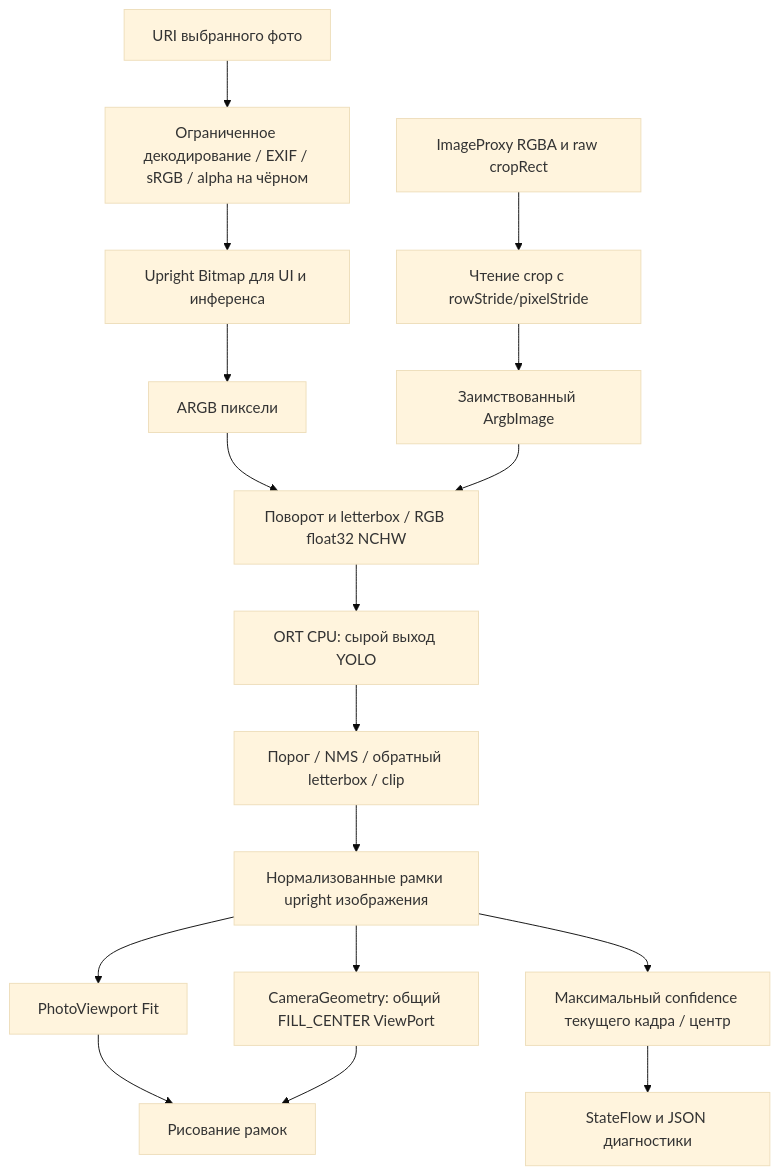
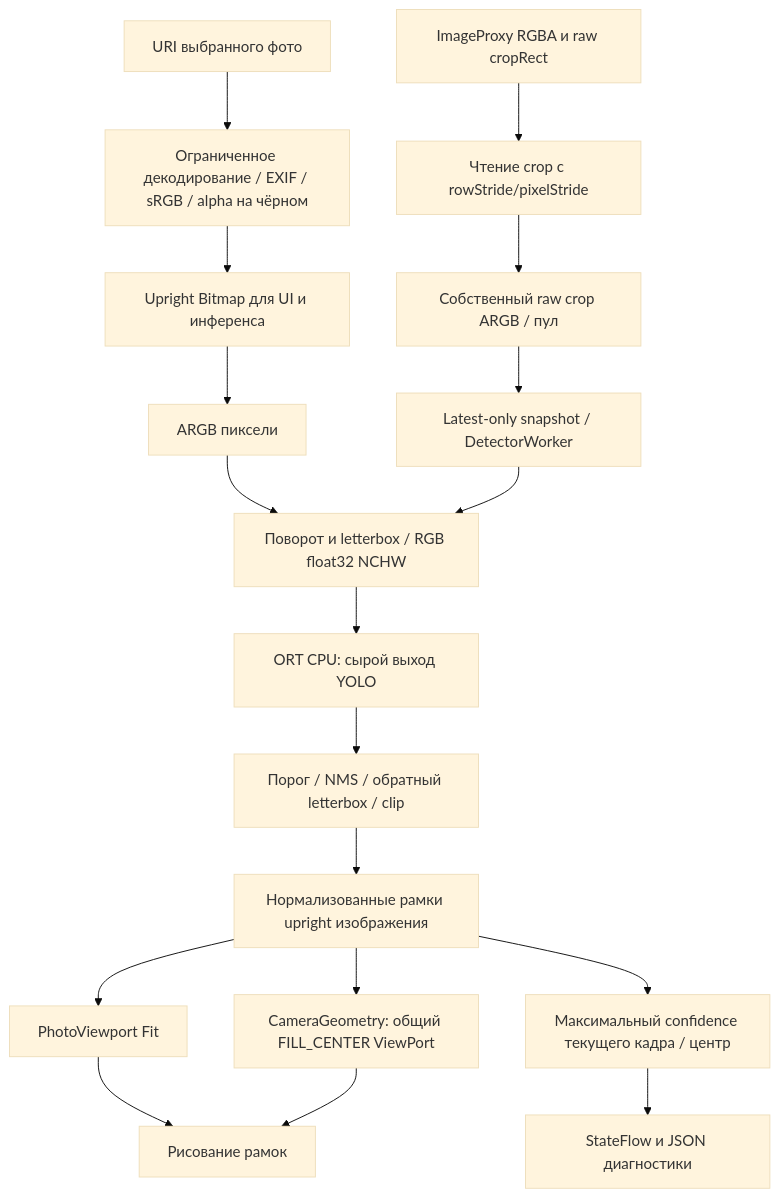
One commit to Kr1st10/drone-cv-android-prototype changed the diagram in docs/architecture/data-flow.md. Above: the diagram before and after it, drawn with Mermaid (base theme). The commit also changed other lines of this file and 35 other files, not shown here.

````diff
--- a/docs/architecture/data-flow.md
+++ b/docs/architecture/data-flow.md
@@ -7,19 +7,20 @@
 ```mermaid
 flowchart TD
     P[URI выбранного фото] --> D[Ограниченное декодирование / EXIF / sRGB / alpha на чёрном]
     D --> B[Upright Bitmap для UI и инференса]
     B --> A[ARGB пиксели]
     C[ImageProxy RGBA и raw cropRect] --> R[Чтение crop с rowStride/pixelStride]
-    R --> A2[Заимствованный ArgbImage]
+    R --> A2[Собственный raw crop ARGB / пул]
     A --> Pre[Поворот и letterbox / RGB float32 NCHW]
-    A2 --> Pre
+    A2 --> Queue[Latest-only snapshot / DetectorWorker]
+    Queue --> Pre
     Pre --> ORT[ORT CPU: сырой выход YOLO]
     ORT --> Post[Порог / NMS / обратный letterbox / clip]
     Post --> Norm[Нормализованные рамки upright изображения]
     Norm --> Photo[PhotoViewport Fit]
     Norm --> Camera[CameraGeometry: общий FILL_CENTER ViewPort]
     Norm --> Target[Максимальный confidence текущего кадра / центр]
     Target --> Signal[StateFlow и JSON диагностики]
     Photo --> Draw[Рисование рамок]
     Camera --> Draw
 ```
````
